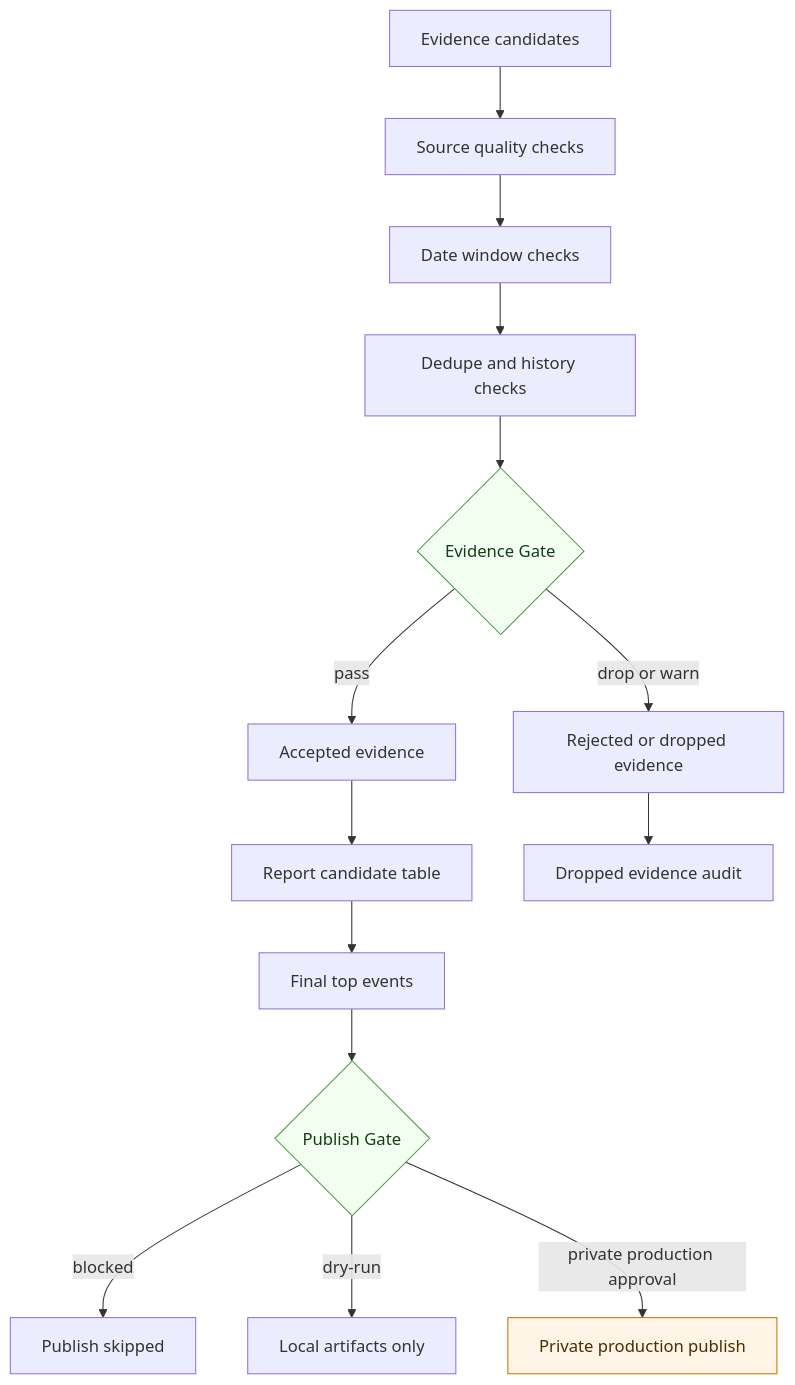
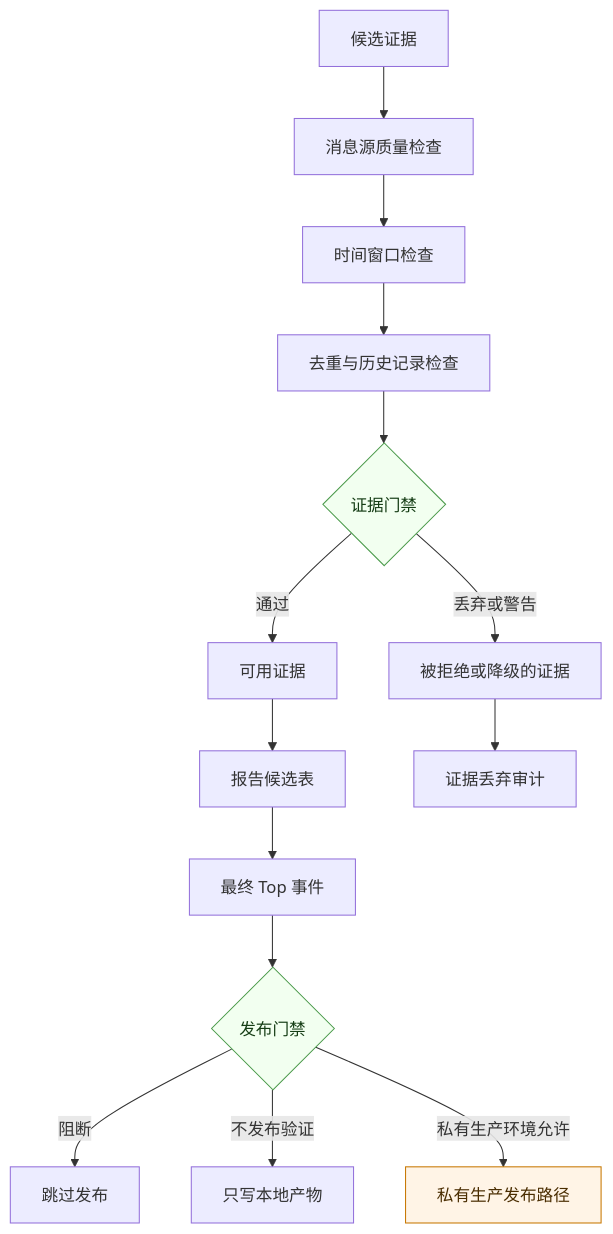
The third of 5 diagrams in docs/zh-CN/ARCHITECTURE_OVERVIEW.md (lin275768845/ai-radar-agent-case), drawn with Mermaid before and after one commit. The commit also changed other lines of this file and 5 other files, not shown here.

````diff
--- a/docs/zh-CN/ARCHITECTURE_OVERVIEW.md
+++ b/docs/zh-CN/ARCHITECTURE_OVERVIEW.md
@@ -78,21 +77,21 @@
 ```mermaid
 flowchart TD
-  A["Evidence candidates"] --> B["Source quality checks"]
-  B --> C["Date window checks"]
-  C --> D["Dedupe and history checks"]
-  D --> E{"Evidence Gate"}
-  E -->|pass| F["Accepted evidence"]
-  E -->|drop or warn| G["Rejected or dropped evidence"]
-  F --> H["Report candidate table"]
-  H --> I["Final top events"]
-  I --> J{"Publish Gate"}
-  J -->|blocked| K["Publish skipped"]
-  J -->|dry-run| L["Local artifacts only"]
-  J -->|private production approval| M["Private production publish"]
-  G --> N["Dropped evidence audit"]
+  A["候选证据"] --> B["消息源质量检查"]
+  B --> C["时间窗口检查"]
+  C --> D["去重与历史记录检查"]
+  D --> E{"证据门禁"}
+  E -->|通过| F["可用证据"]
+  E -->|丢弃或警告| G["被拒绝或降级的证据"]
+  F --> H["报告候选表"]
+  H --> I["最终 Top 事件"]
+  I --> J{"发布门禁"}
+  J -->|阻断| K["跳过发布"]
+  J -->|不发布验证| L["只写本地产物"]
+  J -->|私有生产环境允许| M["私有生产发布路径"]
+  G --> N["证据丢弃审计"]
 
   classDef gate fill:#f2fff0,stroke:#4b9a4b,color:#153d15;
   classDef private fill:#fff4e6,stroke:#c77700,color:#4a2d00;
   class E,J gate;
   class M private;
 ```
````
